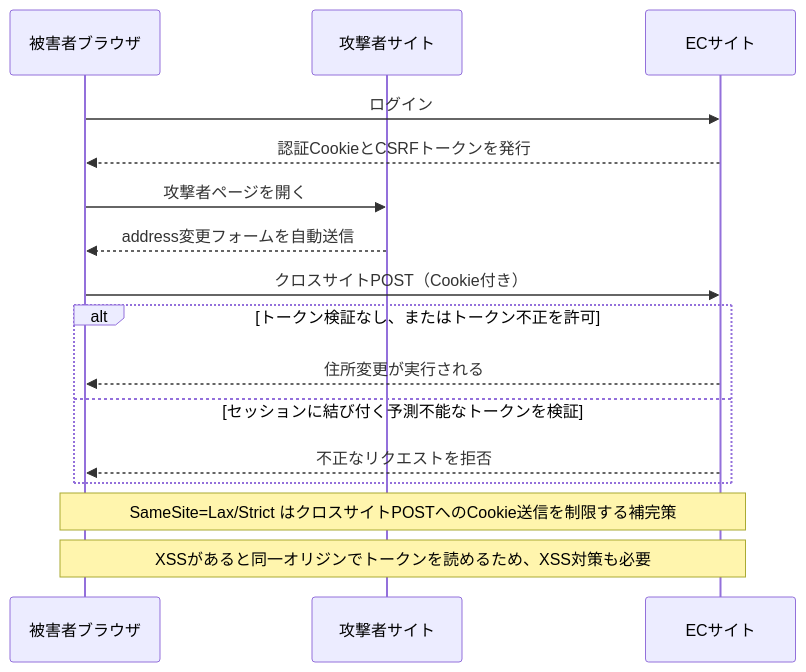
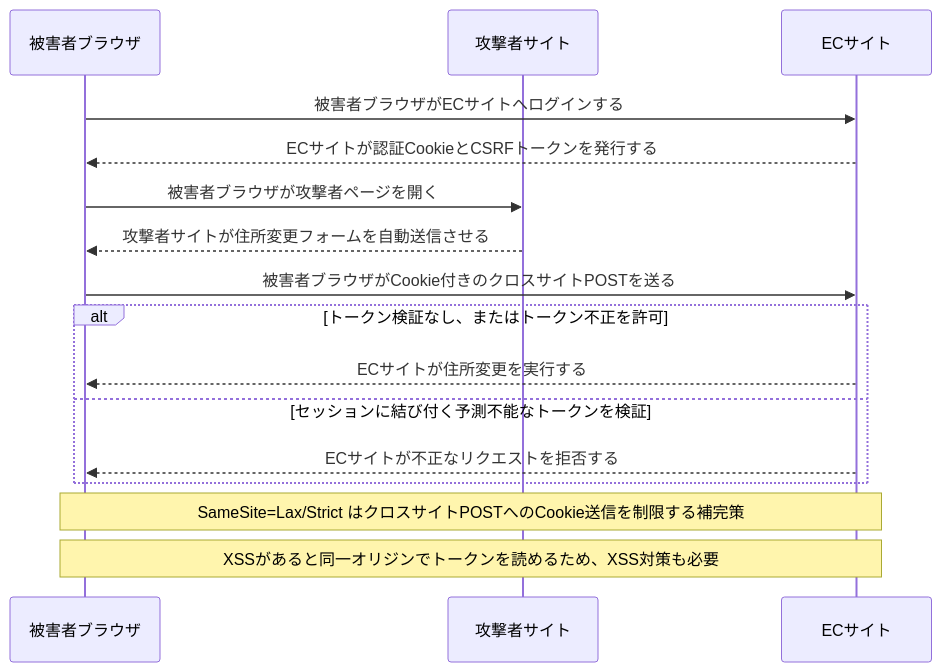
The diagram in 復習用/CSRFトークンとSameSite.md (ShuntaSakai/security-specialist-study), drawn with Mermaid before and after one commit. The commit also changed 9 other files, not shown here.

Commit message:
docs: 復習図の主体と操作を明確化

````diff
--- a/復習用/CSRFトークンとSameSite.md
+++ b/復習用/CSRFトークンとSameSite.md
@@ -3,20 +3,20 @@
 ```mermaid
 sequenceDiagram
     participant Victim as 被害者ブラウザ
     participant Attacker as 攻撃者サイト
     participant App as ECサイト
 
-    Victim->>App: ログイン
-    App-->>Victim: 認証CookieとCSRFトークンを発行
-    Victim->>Attacker: 攻撃者ページを開く
-    Attacker-->>Victim: address変更フォームを自動送信
-    Victim->>App: クロスサイトPOST（Cookie付き）
+    Victim->>App: 被害者ブラウザがECサイトへログインする
+    App-->>Victim: ECサイトが認証CookieとCSRFトークンを発行する
+    Victim->>Attacker: 被害者ブラウザが攻撃者ページを開く
+    Attacker-->>Victim: 攻撃者サイトが住所変更フォームを自動送信させる
+    Victim->>App: 被害者ブラウザがCookie付きのクロスサイトPOSTを送る
     alt トークン検証なし、またはトークン不正を許可
-        App-->>Victim: 住所変更が実行される
+        App-->>Victim: ECサイトが住所変更を実行する
     else セッションに結び付く予測不能なトークンを検証
-        App-->>Victim: 不正なリクエストを拒否
+        App-->>Victim: ECサイトが不正なリクエストを拒否する
     end
 
     Note over Victim,App: SameSite=Lax/Strict はクロスサイトPOSTへのCookie送信を制限する補完策
     Note over Victim,App: XSSがあると同一オリジンでトークンを読めるため、XSS対策も必要
 ```
````
